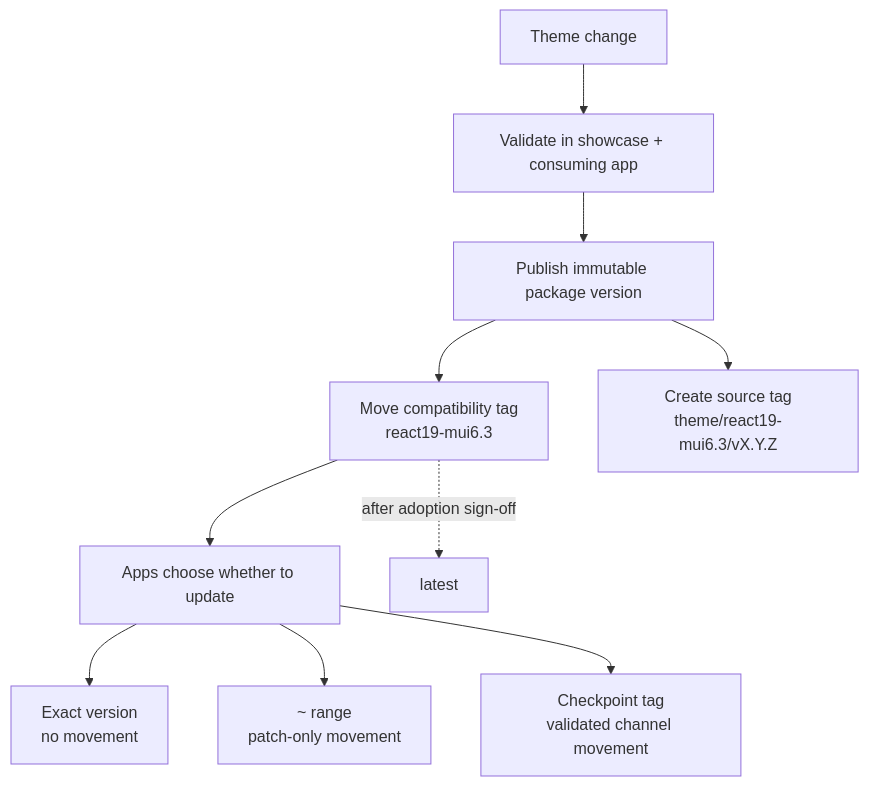
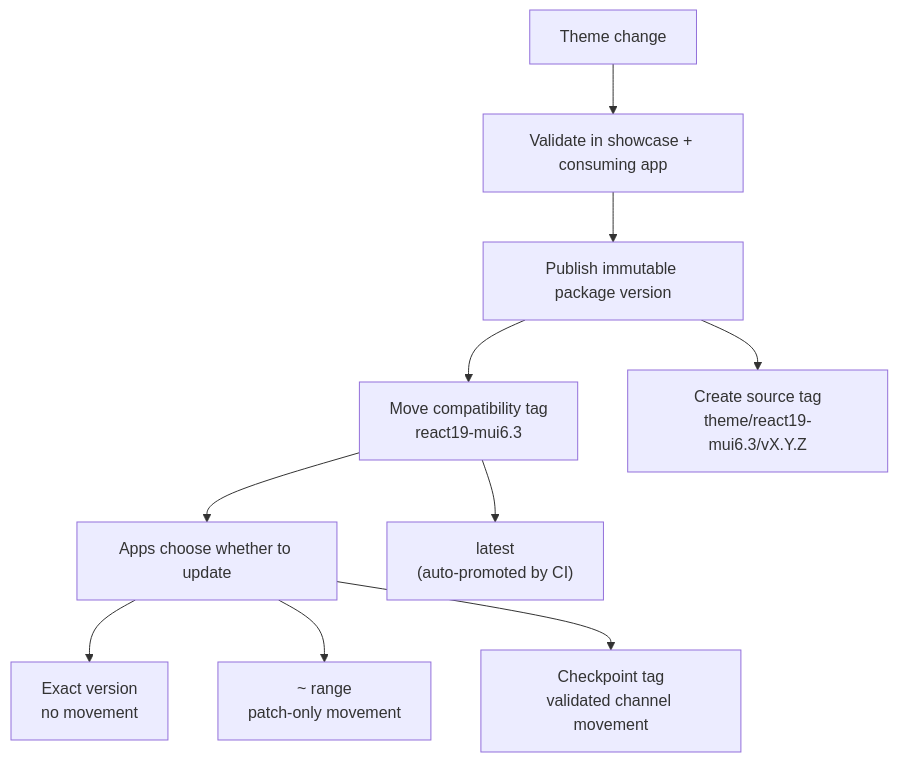
One commit to inRiver/inflow-react changed the first of 2 diagrams in docs/VERSIONING.md. Above: the diagram before and after it, drawn with Mermaid. The commit also changed other lines of this file and 2 other files, not shown here.

First line of the commit message:
ci: auto-promote latest after every checkpoint publish

````diff
--- a/docs/VERSIONING.md
+++ b/docs/VERSIONING.md
@@ -10,12 +10,12 @@
 ```mermaid
 flowchart TB
   Change["Theme change"] --> Validate["Validate in showcase + consuming app"]
   Validate --> Version["Publish immutable package version"]
   Version --> Checkpoint["Move compatibility tag\nreact19-mui6.3"]
   Version --> SourceTag["Create source tag\ntheme/react19-mui6.3/vX.Y.Z"]
   Checkpoint --> Apps["Apps choose whether to update"]
   Apps --> Freeze["Exact version\nno movement"]
   Apps --> Patch["~ range\npatch-only movement"]
   Apps --> Channel["Checkpoint tag\nvalidated channel movement"]
-  Checkpoint -. "after adoption sign-off" .-> Latest["latest"]
+  Checkpoint --> Latest["latest\n(auto-promoted by CI)"]
 ```
````
